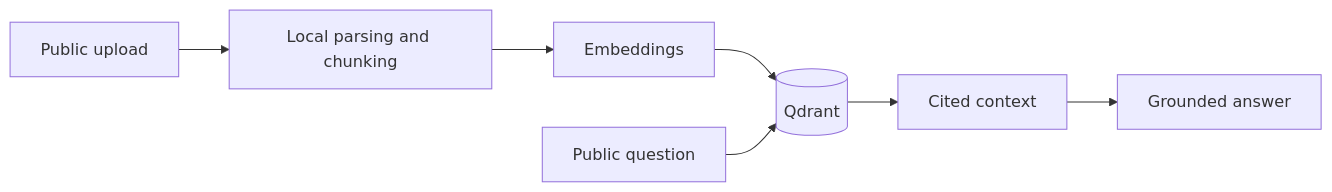
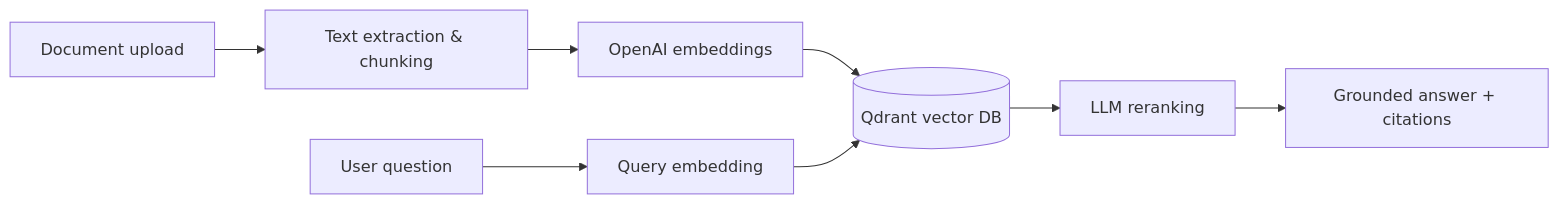
Before and after one commit to AmitojSK/Enterprise-RAG: the diagram in README.md, drawn with Mermaid. The commit also changed other lines of this file and 1 other file, not shown here.

````diff
--- a/README.md
+++ b/README.md
@@ -11,9 +25,10 @@
 ```mermaid
 flowchart LR
-  Upload[Public upload] --> Parse[Local parsing and chunking]
-  Parse --> Embed[Embeddings]
-  Embed --> DB[(Qdrant)]
-  Question[Public question] --> DB
-  DB --> Context[Cited context]
-  Context --> Answer[Grounded answer]
+  Upload[Document upload] --> Parse[Text extraction & chunking]
+  Parse --> Embed[OpenAI embeddings]
+  Embed --> Qdrant[(Qdrant vector DB)]
+  Question[User question] --> EmbedQ[Query embedding]
+  EmbedQ --> Qdrant
+  Qdrant --> Rerank[LLM reranking]
+  Rerank --> Answer[Grounded answer + citations]
 ```
````
